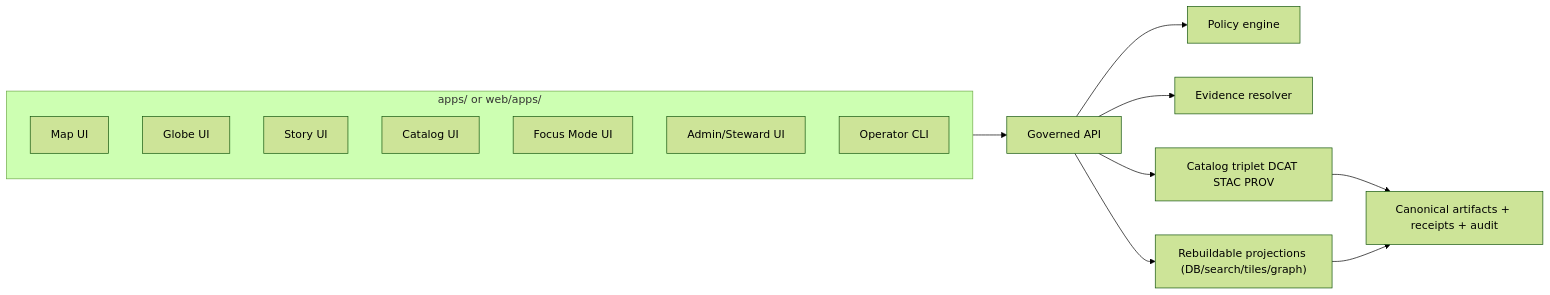
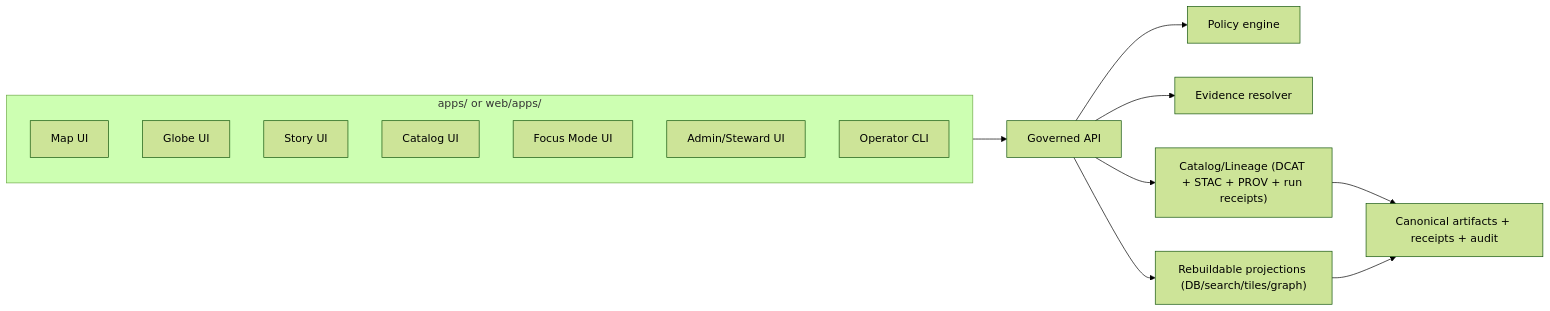
Before and after one commit to bartytime4life/Kansas-Frontier-Matrix: the first of 2 diagrams in apps/README.md, drawn with Mermaid (forest theme). The commit also changed other lines of this file, not shown here.

````diff
--- a/apps/README.md
+++ b/apps/README.md
@@ -377,20 +422,20 @@
 ```mermaid
 flowchart LR
   subgraph Apps["apps/ or web/apps/"]
     Map["Map UI"]
     Globe["Globe UI"]
     Story["Story UI"]
     Catalog["Catalog UI"]
     Focus["Focus Mode UI"]
     Admin["Admin/Steward UI"]
     CLI["Operator CLI"]
   end
 
   Apps --> API["Governed API"]
   API --> Policy["Policy engine"]
   API --> Evidence["Evidence resolver"]
-  API --> CatalogTriplet["Catalog triplet DCAT STAC PROV"]
+  API --> CatalogLineage["Catalog/Lineage (DCAT + STAC + PROV + run receipts)"]
   API --> Projections["Rebuildable projections (DB/search/tiles/graph)"]
-  CatalogTriplet --> Canonical["Canonical artifacts + receipts + audit"]
+  CatalogLineage --> Canonical["Canonical artifacts + receipts + audit"]
   Projections --> Canonical
 ```
````
